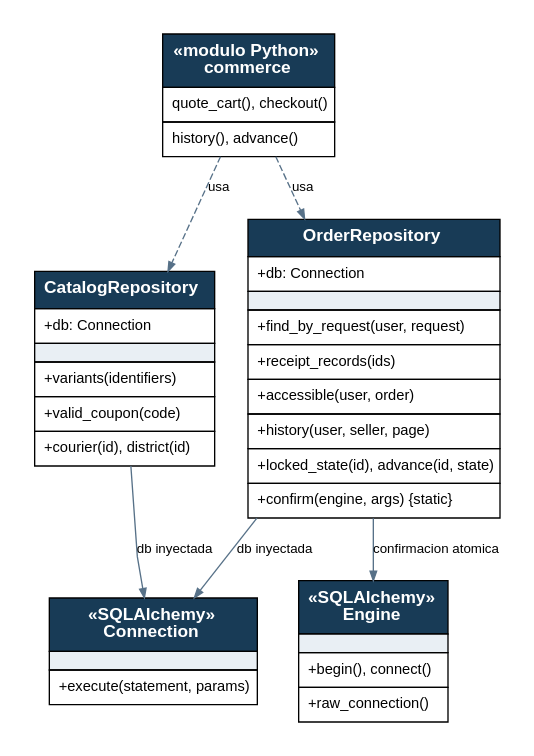
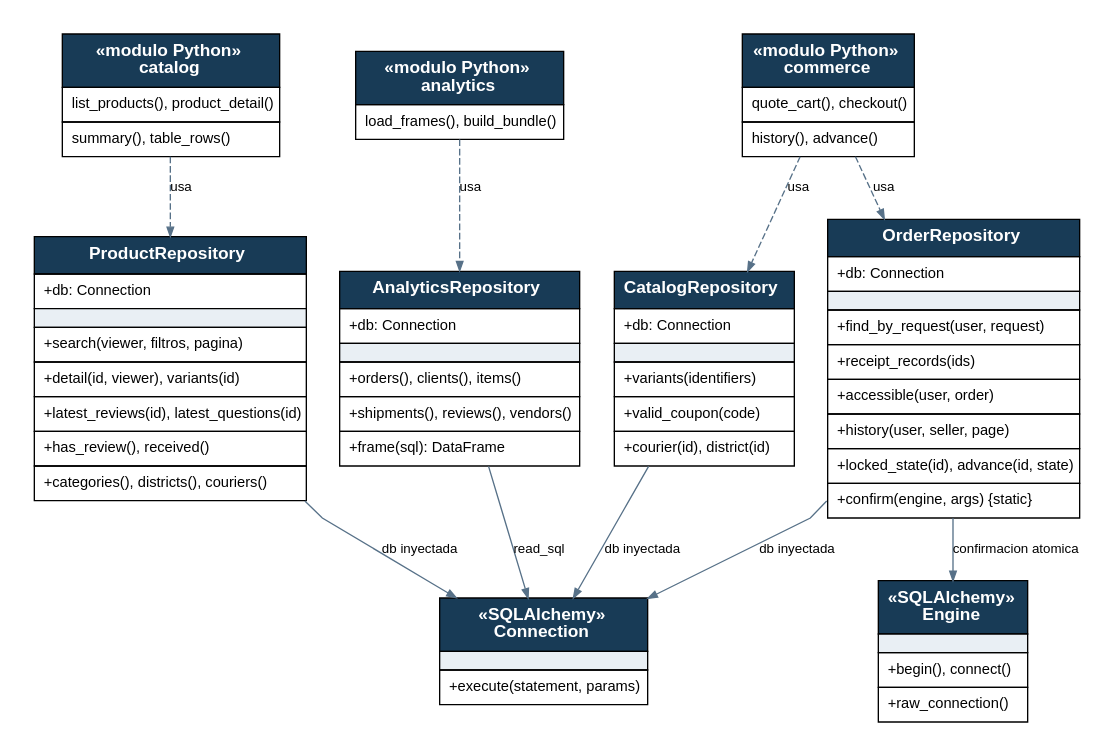
Before and after one commit to desmonteix/Tickia-PrograAvanzada: the diagram in Proyecto_PrograAvanzada/entregables/informe/diagramas/04_uml_repository.dot, drawn with Graphviz. The commit also changed 31 other files, not shown here.

Commit message:
Patrones reforzados (Decorator, State, 4 Repository), informe revisado y diagramas

```diff
--- a/Proyecto_PrograAvanzada/entregables/informe/diagramas/04_uml_repository.dot
+++ b/Proyecto_PrograAvanzada/entregables/informe/diagramas/04_uml_repository.dot
@@ -1,10 +1,16 @@
 digraph G { graph [bgcolor="white", pad="0.25", nodesep="0.35", ranksep="0.50", splines=polyline]; node [fontname="Arial"]; edge [fontname="Arial", fontsize=10, color="#577188", arrowsize=.7];
 graph [rankdir=TB];
 commerce [shape=plain label=<<TABLE BORDER="0" CELLBORDER="1" CELLSPACING="0" CELLPADDING="6"><TR><TD BGCOLOR="#183B56"><FONT FACE="Arial" COLOR="white" POINT-SIZE="13"><B>«modulo Python»<BR/>commerce</B></FONT></TD></TR><TR><TD ALIGN="LEFT"><FONT FACE="Arial" POINT-SIZE="11">quote_cart(), checkout()</FONT></TD></TR><TR><TD ALIGN="LEFT"><FONT FACE="Arial" POINT-SIZE="11">history(), advance()</FONT></TD></TR></TABLE>>];
+catalog [shape=plain label=<<TABLE BORDER="0" CELLBORDER="1" CELLSPACING="0" CELLPADDING="6"><TR><TD BGCOLOR="#183B56"><FONT FACE="Arial" COLOR="white" POINT-SIZE="13"><B>«modulo Python»<BR/>catalog</B></FONT></TD></TR><TR><TD ALIGN="LEFT"><FONT FACE="Arial" POINT-SIZE="11">list_products(), product_detail()</FONT></TD></TR><TR><TD ALIGN="LEFT"><FONT FACE="Arial" POINT-SIZE="11">summary(), table_rows()</FONT></TD></TR></TABLE>>];
+analytics [shape=plain label=<<TABLE BORDER="0" CELLBORDER="1" CELLSPACING="0" CELLPADDING="6"><TR><TD BGCOLOR="#183B56"><FONT FACE="Arial" COLOR="white" POINT-SIZE="13"><B>«modulo Python»<BR/>analytics</B></FONT></TD></TR><TR><TD ALIGN="LEFT"><FONT FACE="Arial" POINT-SIZE="11">load_frames(), build_bundle()</FONT></TD></TR></TABLE>>];
+ProductRepository [shape=plain label=<<TABLE BORDER="0" CELLBORDER="1" CELLSPACING="0" CELLPADDING="6"><TR><TD BGCOLOR="#183B56"><FONT FACE="Arial" COLOR="white" POINT-SIZE="13"><B>ProductRepository</B></FONT></TD></TR><TR><TD ALIGN="LEFT"><FONT FACE="Arial" POINT-SIZE="11">+db: Connection</FONT></TD></TR><TR><TD HEIGHT="3" BGCOLOR="#E9EFF4"></TD></TR><TR><TD ALIGN="LEFT"><FONT FACE="Arial" POINT-SIZE="11">+search(viewer, filtros, pagina)</FONT></TD></TR><TR><TD ALIGN="LEFT"><FONT FACE="Arial" POINT-SIZE="11">+detail(id, viewer), variants(id)</FONT></TD></TR><TR><TD ALIGN="LEFT"><FONT FACE="Arial" POINT-SIZE="11">+latest_reviews(id), latest_questions(id)</FONT></TD></TR><TR><TD ALIGN="LEFT"><FONT FACE="Arial" POINT-SIZE="11">+has_review(), received()</FONT></TD></TR><TR><TD ALIGN="LEFT"><FONT FACE="Arial" POINT-SIZE="11">+categories(), districts(), couriers()</FONT></TD></TR></TABLE>>];
+AnalyticsRepository [shape=plain label=<<TABLE BORDER="0" CELLBORDER="1" CELLSPACING="0" CELLPADDING="6"><TR><TD BGCOLOR="#183B56"><FONT FACE="Arial" COLOR="white" POINT-SIZE="13"><B>AnalyticsRepository</B></FONT></TD></TR><TR><TD ALIGN="LEFT"><FONT FACE="Arial" POINT-SIZE="11">+db: Connection</FONT></TD></TR><TR><TD HEIGHT="3" BGCOLOR="#E9EFF4"></TD></TR><TR><TD ALIGN="LEFT"><FONT FACE="Arial" POINT-SIZE="11">+orders(), clients(), items()</FONT></TD></TR><TR><TD ALIGN="LEFT"><FONT FACE="Arial" POINT-SIZE="11">+shipments(), reviews(), vendors()</FONT></TD></TR><TR><TD ALIGN="LEFT"><FONT FACE="Arial" POINT-SIZE="11">+frame(sql): DataFrame</FONT></TD></TR></TABLE>>];
 CatalogRepository [shape=plain label=<<TABLE BORDER="0" CELLBORDER="1" CELLSPACING="0" CELLPADDING="6"><TR><TD BGCOLOR="#183B56"><FONT FACE="Arial" COLOR="white" POINT-SIZE="13"><B>CatalogRepository</B></FONT></TD></TR><TR><TD ALIGN="LEFT"><FONT FACE="Arial" POINT-SIZE="11">+db: Connection</FONT></TD></TR><TR><TD HEIGHT="3" BGCOLOR="#E9EFF4"></TD></TR><TR><TD ALIGN="LEFT"><FONT FACE="Arial" POINT-SIZE="11">+variants(identifiers)</FONT></TD></TR><TR><TD ALIGN="LEFT"><FONT FACE="Arial" POINT-SIZE="11">+valid_coupon(code)</FONT></TD></TR><TR><TD ALIGN="LEFT"><FONT FACE="Arial" POINT-SIZE="11">+courier(id), district(id)</FONT></TD></TR></TABLE>>];
 OrderRepository [shape=plain label=<<TABLE BORDER="0" CELLBORDER="1" CELLSPACING="0" CELLPADDING="6"><TR><TD BGCOLOR="#183B56"><FONT FACE="Arial" COLOR="white" POINT-SIZE="13"><B>OrderRepository</B></FONT></TD></TR><TR><TD ALIGN="LEFT"><FONT FACE="Arial" POINT-SIZE="11">+db: Connection</FONT></TD></TR><TR><TD HEIGHT="3" BGCOLOR="#E9EFF4"></TD></TR><TR><TD ALIGN="LEFT"><FONT FACE="Arial" POINT-SIZE="11">+find_by_request(user, request)</FONT></TD></TR><TR><TD ALIGN="LEFT"><FONT FACE="Arial" POINT-SIZE="11">+receipt_records(ids)</FONT></TD></TR><TR><TD ALIGN="LEFT"><FONT FACE="Arial" POINT-SIZE="11">+accessible(user, order)</FONT></TD></TR><TR><TD ALIGN="LEFT"><FONT FACE="Arial" POINT-SIZE="11">+history(user, seller, page)</FONT></TD></TR><TR><TD ALIGN="LEFT"><FONT FACE="Arial" POINT-SIZE="11">+locked_state(id), advance(id, state)</FONT></TD></TR><TR><TD ALIGN="LEFT"><FONT FACE="Arial" POINT-SIZE="11">+confirm(engine, args) {static}</FONT></TD></TR></TABLE>>];
 Connection [shape=plain label=<<TABLE BORDER="0" CELLBORDER="1" CELLSPACING="0" CELLPADDING="6"><TR><TD BGCOLOR="#183B56"><FONT FACE="Arial" COLOR="white" POINT-SIZE="13"><B>«SQLAlchemy»<BR/>Connection</B></FONT></TD></TR><TR><TD HEIGHT="3" BGCOLOR="#E9EFF4"></TD></TR><TR><TD ALIGN="LEFT"><FONT FACE="Arial" POINT-SIZE="11">+execute(statement, params)</FONT></TD></TR></TABLE>>];
 Engine [shape=plain label=<<TABLE BORDER="0" CELLBORDER="1" CELLSPACING="0" CELLPADDING="6"><TR><TD BGCOLOR="#183B56"><FONT FACE="Arial" COLOR="white" POINT-SIZE="13"><B>«SQLAlchemy»<BR/>Engine</B></FONT></TD></TR><TR><TD HEIGHT="3" BGCOLOR="#E9EFF4"></TD></TR><TR><TD ALIGN="LEFT"><FONT FACE="Arial" POINT-SIZE="11">+begin(), connect()</FONT></TD></TR><TR><TD ALIGN="LEFT"><FONT FACE="Arial" POINT-SIZE="11">+raw_connection()</FONT></TD></TR></TABLE>>];
 commerce -> CatalogRepository [style=dashed,label="usa"]; commerce -> OrderRepository [style=dashed,label="usa"];
+catalog -> ProductRepository [style=dashed,label="usa"]; analytics -> AnalyticsRepository [style=dashed,label="usa"];
+ProductRepository -> Connection [label="db inyectada"]; AnalyticsRepository -> Connection [label="read_sql"];
 CatalogRepository -> Connection [label="db inyectada"]; OrderRepository -> Connection [label="db inyectada"]; OrderRepository -> Engine [label="confirmacion atomica"];
 }
```
